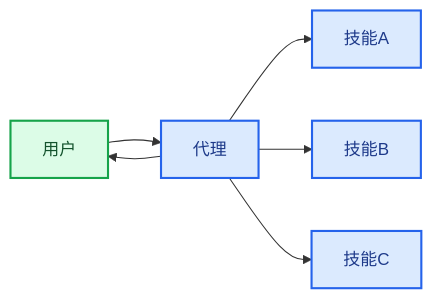
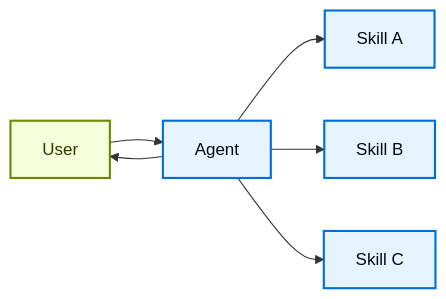
Before and after one commit to kunfan96/cndocs-langchain: the diagram in oss/javascript/langchain/multi-agent/skills.mdx, drawn with Mermaid. The commit also changed other lines of this file and 2538 other files, not shown here.

````diff
--- a/oss/javascript/langchain/multi-agent/skills.mdx
+++ b/oss/javascript/langchain/multi-agent/skills.mdx
@@ -14,14 +14,14 @@
 ```mermaid
 graph LR
-    A[用户] --> B[代理]
-    B --> C[技能A]
-    B --> D[技能B]
-    B --> E[技能C]
+    A[User] --> B[Agent]
+    B --> C[Skill A]
+    B --> D[Skill B]
+    B --> E[Skill C]
     B --> A
 
-    classDef trigger fill:#DCFCE7,stroke:#16A34A,stroke-width:2px,color:#14532D
-    classDef process fill:#DBEAFE,stroke:#2563EB,stroke-width:2px,color:#1E3A8A
+    classDef trigger fill:#F6FFDB,stroke:#6E8900,stroke-width:2px,color:#2E3900
+    classDef process fill:#E5F4FF,stroke:#006DDD,stroke-width:2px,color:#030710
 
     class A trigger
     class B,C,D,E process
 ```
````
